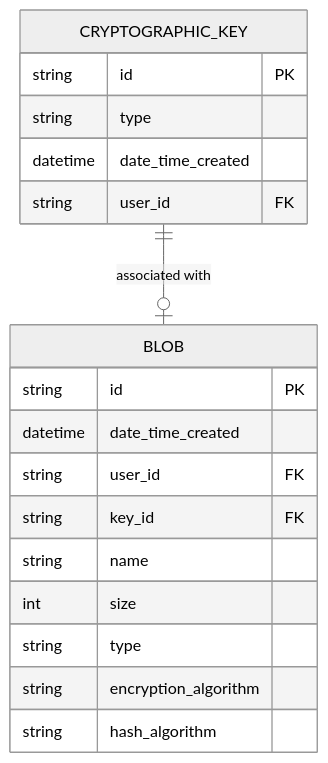
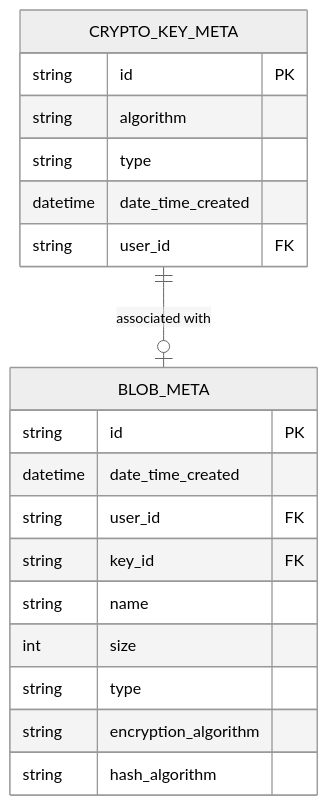
One commit to MGTheTrain/crypto-vault-service changed the diagram in docs/diagrams/erd.mmd. Above: the diagram before and after it, drawn with Mermaid (neutral theme). The commit also changed 7 other files, not shown here.

Commit message:
update and validate member variables of CryptoKeyMeta struct

```diff
--- a/docs/diagrams/erd.mmd
+++ b/docs/diagrams/erd.mmd
@@ -1,21 +1,22 @@
 erDiagram
-    CRYPTOGRAPHIC_KEY {
+    CRYPTO_KEY_META {
         string id PK
+        string algorithm
         string type
         datetime date_time_created
         string user_id FK
     }
 
-    BLOB {
+    BLOB_META {
         string id PK
         datetime date_time_created
         string user_id FK
         string key_id FK
         string name
         int size
         string type
         string encryption_algorithm
         string hash_algorithm
     }
 
-    CRYPTOGRAPHIC_KEY ||--o| BLOB : "associated with"
+    CRYPTO_KEY_META ||--o| BLOB_META : "associated with"
```
